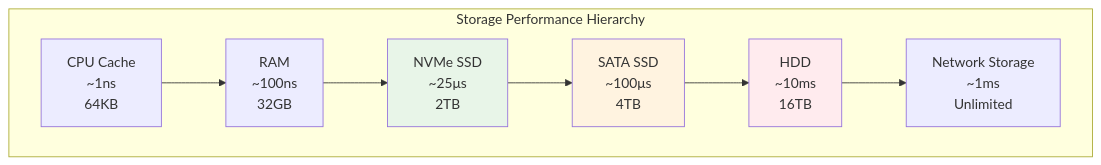
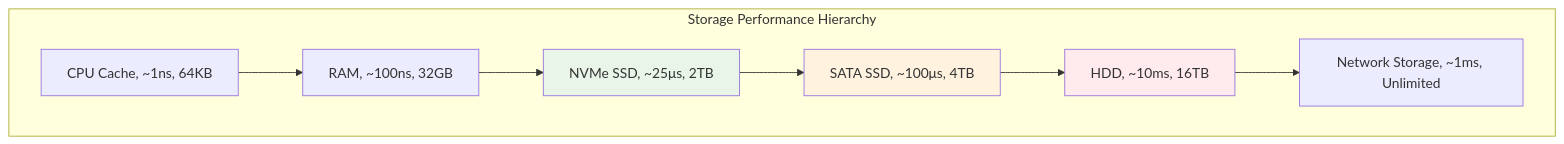
One commit to choru-k/choru-wiki changed the diagram in docs/cs/guide/chapter-11-performance-optimization/04-io-optimization.md. Above: the diagram before and after it, drawn with Mermaid. The commit also changed other lines of this file and 9 other files, not shown here.

````diff
--- a/docs/cs/guide/chapter-11-performance-optimization/04-io-optimization.md
+++ b/docs/cs/guide/chapter-11-performance-optimization/04-io-optimization.md
@@ -43,21 +43,21 @@
 ```mermaid
 graph TD
     subgraph "Storage Performance Hierarchy"
-        CPU_CACHE[CPU Cache<br/>~1ns<br/>64KB]
-        MEMORY[RAM<br/>~100ns<br/>32GB]
-        NVME[NVMe SSD<br/>~25μs<br/>2TB]
-        SATA_SSD[SATA SSD<br/>~100μs<br/>4TB]
-        HDD[HDD<br/>~10ms<br/>16TB]
-        NETWORK[Network Storage<br/>~1ms<br/>Unlimited]
+        CPU_CACHE[CPU Cache, ~1ns, 64KB]
+        MEMORY[RAM, ~100ns, 32GB]
+        NVME[NVMe SSD, ~25μs, 2TB]
+        SATA_SSD[SATA SSD, ~100μs, 4TB]
+        HDD[HDD, ~10ms, 16TB]
+        NETWORK[Network Storage, ~1ms, Unlimited]
     end
     
     CPU_CACHE --> MEMORY
     MEMORY --> NVME
     NVME --> SATA_SSD
     SATA_SSD --> HDD
     HDD --> NETWORK
     
     style NVME fill:#e8f5e8
     style SATA_SSD fill:#fff3e0
     style HDD fill:#ffebee
 ```
````
